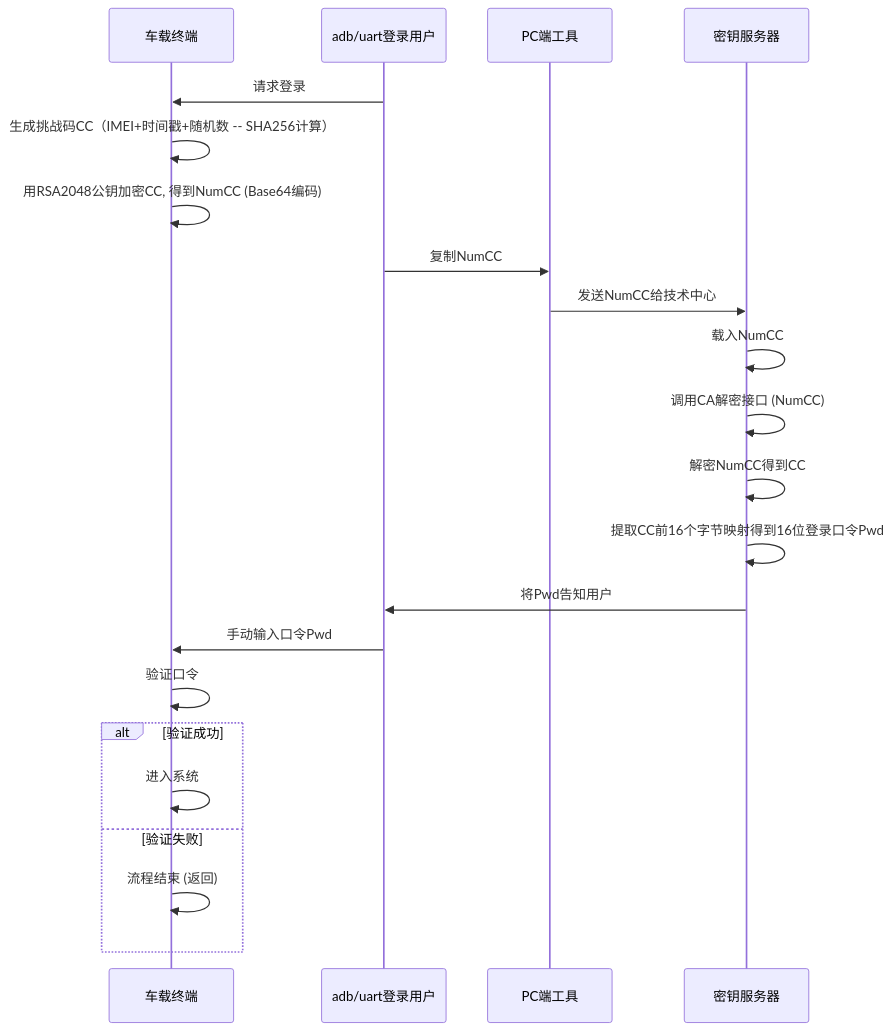
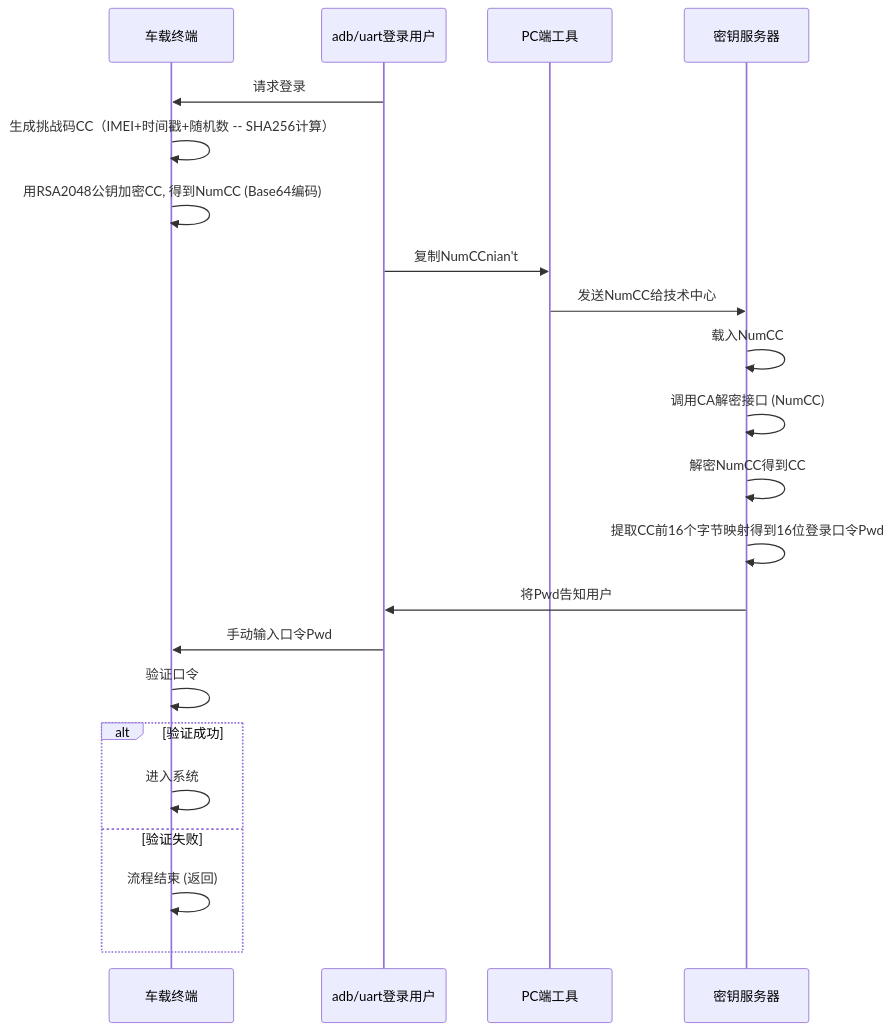
Before and after one commit to facebook-cloud/iodraw-files: the diagram in all/未命名-13.md, drawn with Mermaid.

Commit message:
2026-01-27 11:22:28 update

````diff
--- a/all/未命名-13.md
+++ b/all/未命名-13.md
@@ -1,28 +1,28 @@
 ```mermaid
 sequenceDiagram
     participant tbox as 车载终端
     participant user as adb/uart登录用户
     participant pc as PC端工具
     participant tech_center as 密钥服务器
   
 
     user->>tbox: 请求登录
     tbox->>tbox: 生成挑战码CC（IMEI+时间戳+随机数 -- SHA256计算）
     tbox->>tbox: 用RSA2048公钥加密CC, 得到NumCC (Base64编码)
-    user->>pc: 复制NumCC
+    user->>pc: 复制NumCCnian't
     pc->>tech_center: 发送NumCC给技术中心
     tech_center->>tech_center: 载入NumCC
     tech_center->>tech_center: 调用CA解密接口 (NumCC)
     tech_center->>tech_center: 解密NumCC得到CC
     tech_center->>tech_center: 提取CC前16个字节映射得到16位登录口令Pwd
     tech_center->>user: 将Pwd告知用户
     user->>tbox: 手动输入口令Pwd
     tbox->>tbox: 验证口令
     alt 验证成功
         tbox->>tbox: 进入系统
     else 验证失败
         tbox->>tbox: 流程结束 (返回)
     end
 
 
 ```
````
